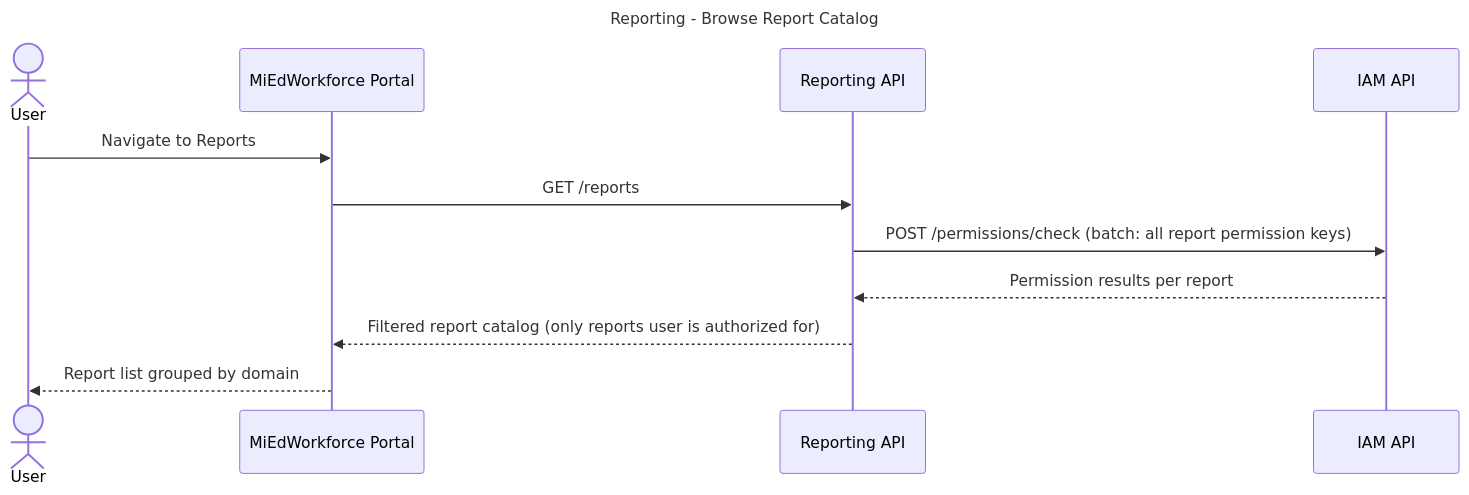
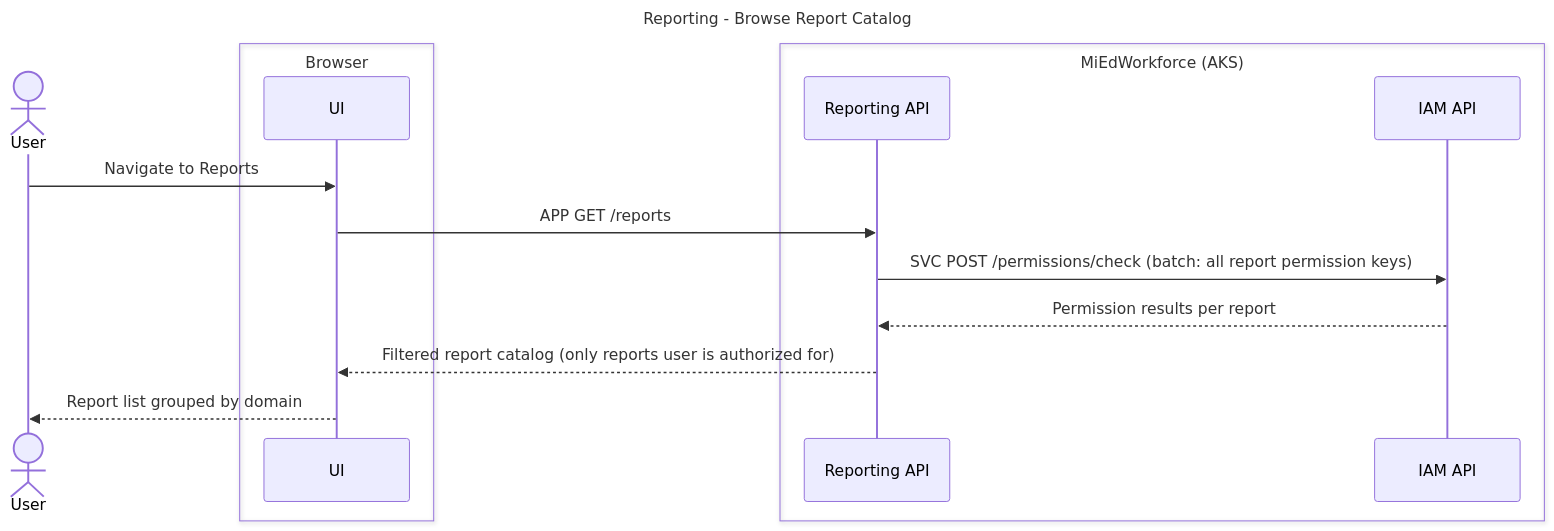
One commit to mnichols-dl/mied-design changed the first of 6 diagrams in working-docs/solution-areas/reporting/reporting-sequences.md. Above: the diagram before and after it, drawn with Mermaid. The commit also changed other lines of this file and 34 other files, not shown here.

Commit message:
Update sequences and perform RTM assessment

````diff
--- a/working-docs/solution-areas/reporting/reporting-sequences.md
+++ b/working-docs/solution-areas/reporting/reporting-sequences.md
@@ -24,17 +27,21 @@
 ```mermaid
 ---
 title: Reporting - Browse Report Catalog
 ---
 sequenceDiagram
     actor User
-    participant Portal as MiEdWorkforce Portal
-    participant ReportingAPI as Reporting API
-    participant IAM as IAM API
+    box Browser
+    participant UI as UI
+    end
+    box MiEdWorkforce (AKS)
+    participant ReportingApi as Reporting API
+    participant IamApi as IAM API
+    end
 
-    User->>Portal: Navigate to Reports
-    Portal->>ReportingAPI: GET /reports
-    ReportingAPI->>IAM: POST /permissions/check (batch: all report permission keys)
-    IAM-->>ReportingAPI: Permission results per report
-    ReportingAPI-->>Portal: Filtered report catalog (only reports user is authorized for)
-    Portal-->>User: Report list grouped by domain
+    User->>UI: Navigate to Reports
+    UI->>ReportingApi: APP GET /reports
+    ReportingApi->>IamApi: SVC POST /permissions/check (batch: all report permission keys)
+    IamApi-->>ReportingApi: Permission results per report
+    ReportingApi-->>UI: Filtered report catalog (only reports user is authorized for)
+    UI-->>User: Report list grouped by domain
 ```
````
